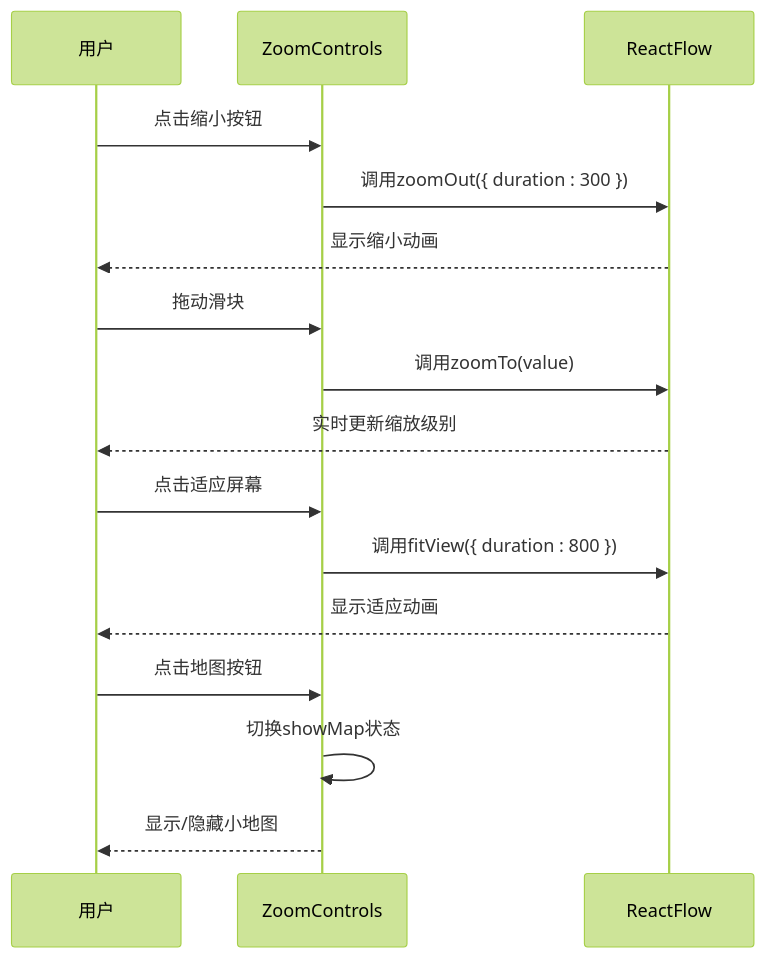
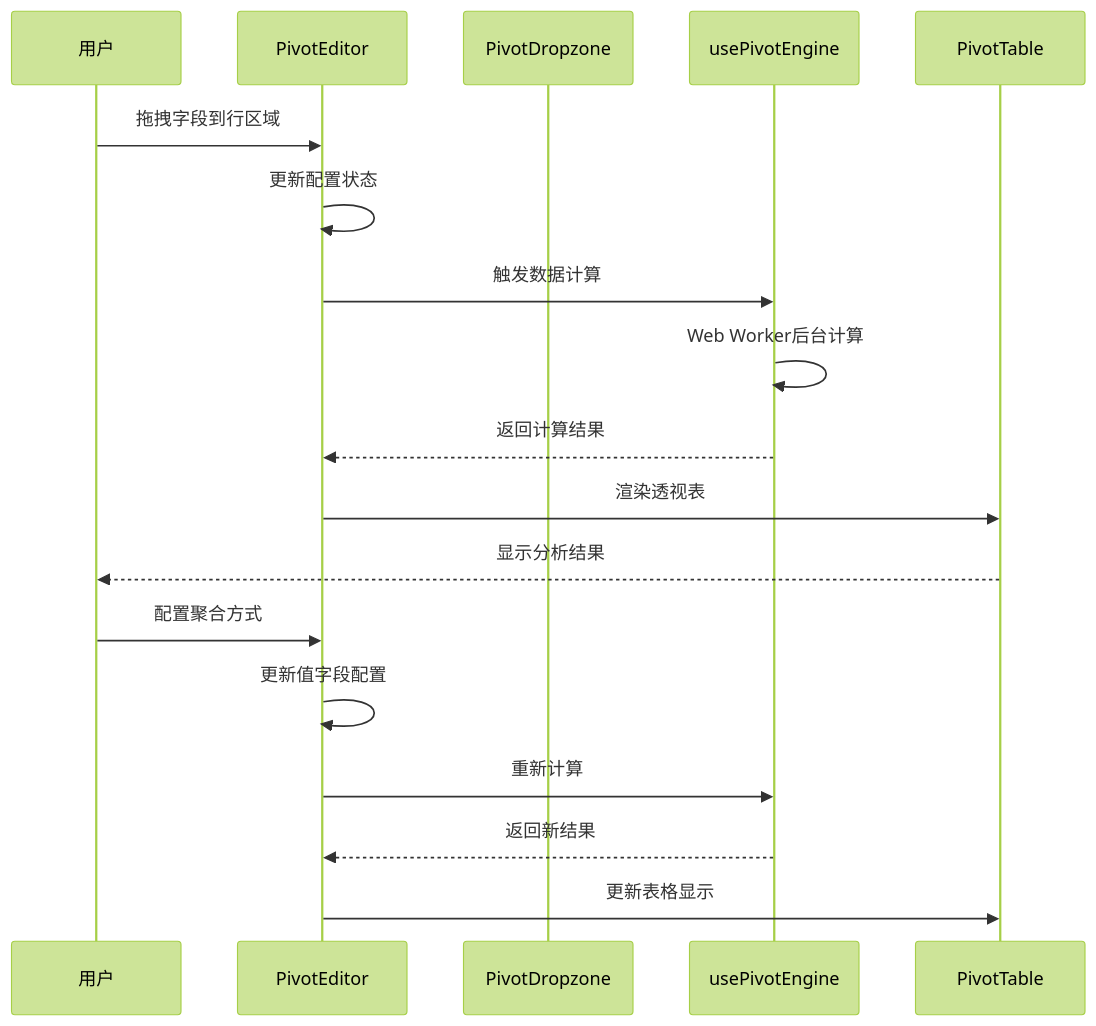
The tenth of 15 diagrams in .qoder/repowiki/zh/content/系统架构/前端架构/画布故事编辑器.md (KunLabAI/KunFlix), drawn with Mermaid (forest theme) before and after one commit. The commit also changed other lines of this file and 24 other files, not shown here.

````diff
--- a/.qoder/repowiki/zh/content/系统架构/前端架构/画布故事编辑器.md
+++ b/.qoder/repowiki/zh/content/系统架构/前端架构/画布故事编辑器.md
@@ -362,18 +445,20 @@
 ```mermaid
 sequenceDiagram
 participant U as 用户
-participant ZC as ZoomControls
-participant RF as ReactFlow
-U->>ZC : 点击缩小按钮
-ZC->>RF : 调用zoomOut({ duration : 300 })
-RF-->>U : 显示缩小动画
-U->>ZC : 拖动滑块
-ZC->>RF : 调用zoomTo(value)
-RF-->>U : 实时更新缩放级别
-U->>ZC : 点击适应屏幕
-ZC->>RF : 调用fitView({ duration : 800 })
-RF-->>U : 显示适应动画
-U->>ZC : 点击地图按钮
-ZC->>ZC : 切换showMap状态
-ZC-->>U : 显示/隐藏小地图
+participant PE as PivotEditor
+participant PDZ as PivotDropzone
+participant UPE as usePivotEngine
+participant PT as PivotTable
+U->>PE : 拖拽字段到行区域
+PE->>PE : 更新配置状态
+PE->>UPE : 触发数据计算
+UPE->>UPE : Web Worker后台计算
+UPE-->>PE : 返回计算结果
+PE->>PT : 渲染透视表
+PT-->>U : 显示分析结果
+U->>PE : 配置聚合方式
+PE->>PE : 更新值字段配置
+PE->>UPE : 重新计算
+UPE-->>PE : 返回新结果
+PE->>PT : 更新表格显示
 ```
````
